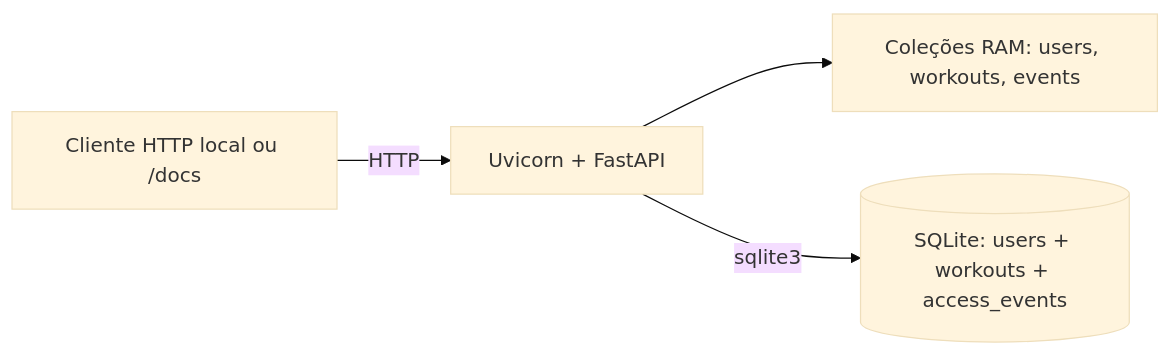
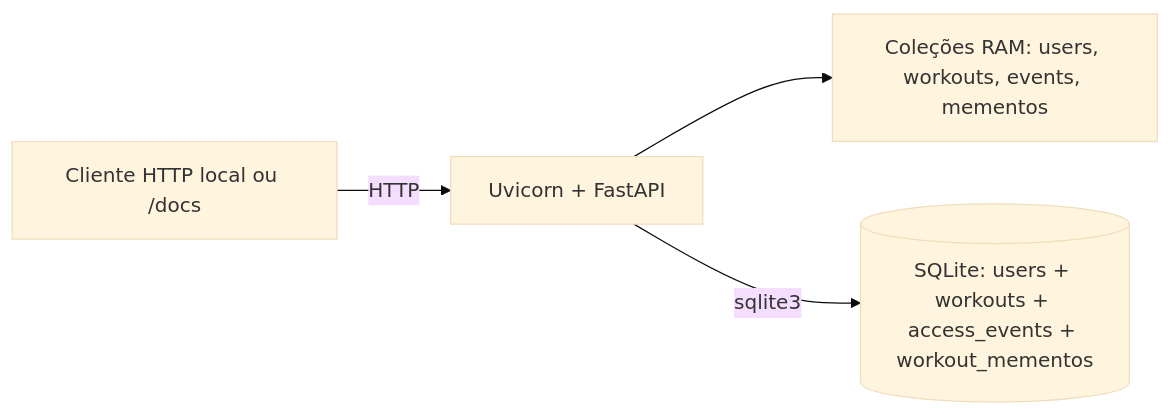
Before and after one commit to Miguelqfs/training-platform: the second of 3 diagrams in docs/arquitetura.md, drawn with Mermaid (base theme). The commit also changed other lines of this file and 35 other files, not shown here.

````diff
--- a/docs/arquitetura.md
+++ b/docs/arquitetura.md
@@ -66,6 +85,6 @@
 ```mermaid
 flowchart LR
     CLI[Cliente HTTP local ou /docs] -->|HTTP| API[Uvicorn + FastAPI]
-    API --> RAM[Coleções RAM: users, workouts, events]
-    API -->|sqlite3| DB[(SQLite: users + workouts + access_events)]
+    API --> RAM[Coleções RAM: users, workouts, events, mementos]
+    API -->|sqlite3| DB[(SQLite: users + workouts + access_events + workout_mementos)]
 ```
````
